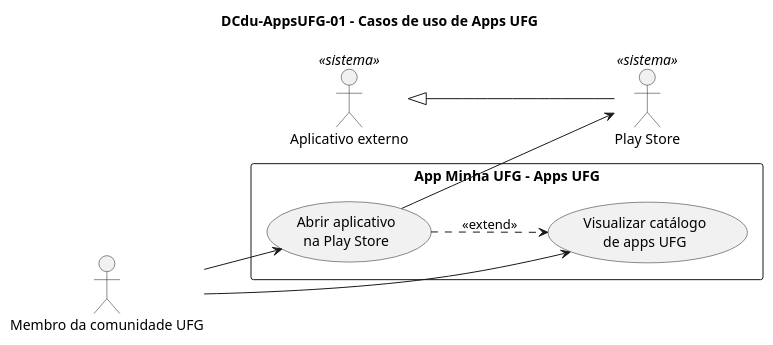
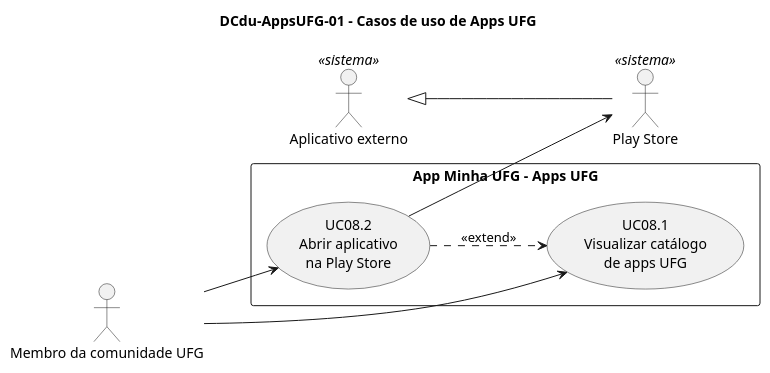
Before and after one commit to joseduardogon/Minha_UFG_Grupo_Cinza: the diagram in AppsUFG/DCdu-AppsUFG-01.puml, drawn with PlantUML. The commit also changed 30 other files, not shown here.

```diff
--- a/AppsUFG/DCdu-AppsUFG-01.puml
+++ b/AppsUFG/DCdu-AppsUFG-01.puml
@@ -1,21 +1,21 @@
 @startuml DCdu-AppsUFG-01
 title DCdu-AppsUFG-01 – Casos de uso de Apps UFG
 left to right direction
 skinparam packageStyle rectangle
 
 actor "Membro da comunidade UFG" as Membro
 actor "Aplicativo externo" as AppExt <<sistema>>
 actor "Play Store" as PlayStore <<sistema>>
 PlayStore -up-|> AppExt
 
 rectangle "App Minha UFG – Apps UFG" {
-  usecase "Visualizar catálogo\nde apps UFG" as UC01
-  usecase "Abrir aplicativo\nna Play Store" as UC02
+  usecase "UC08.1\nVisualizar catálogo\nde apps UFG" as UC081
+  usecase "UC08.2\nAbrir aplicativo\nna Play Store" as UC082
 }
 
-Membro --> UC01
-Membro --> UC02
+Membro --> UC081
+Membro --> UC082
 
-UC02 ..> UC01 : <<extend>>
-UC02 --> PlayStore
+UC082 ..> UC081 : <<extend>>
+UC082 --> PlayStore
 @enduml
```
